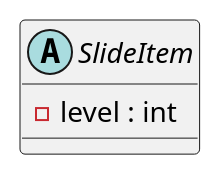
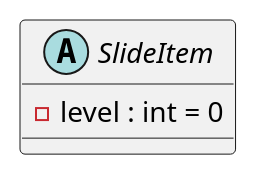
The diagram in classes/SlideItem.puml (gabrielrtlima/diagramas-padroes-projeto), drawn with PlantUML before and after one commit. The commit also changed 11 other files, not shown here.

```diff
--- a/classes/SlideItem.puml
+++ b/classes/SlideItem.puml
@@ -1,9 +1,9 @@
 @startuml SlideItem
 
 abstract class SlideItem {
 
-  - level : int
+  - level : int = 0
 
 }
 
 @enduml
```
